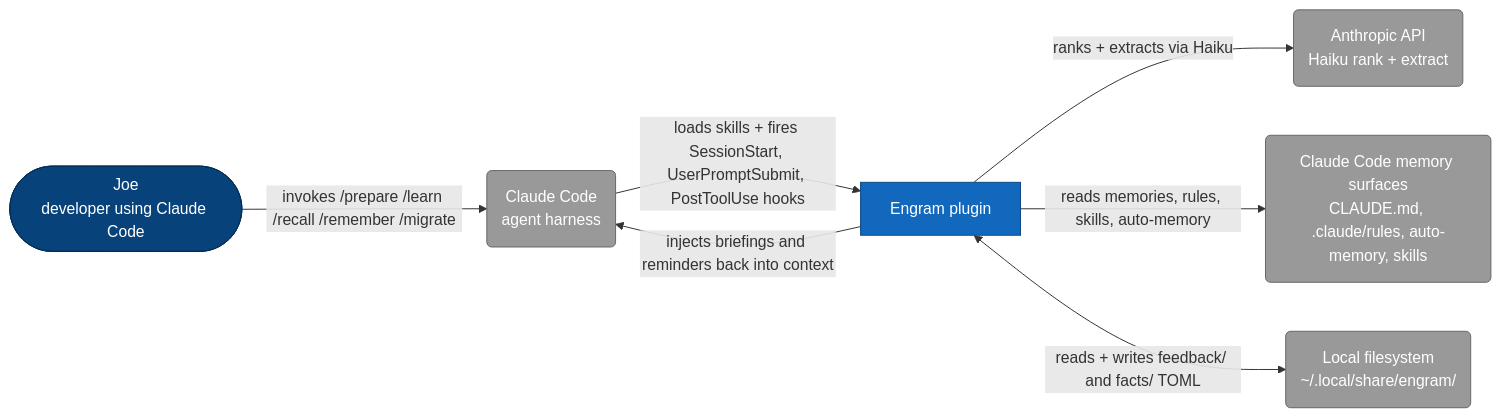
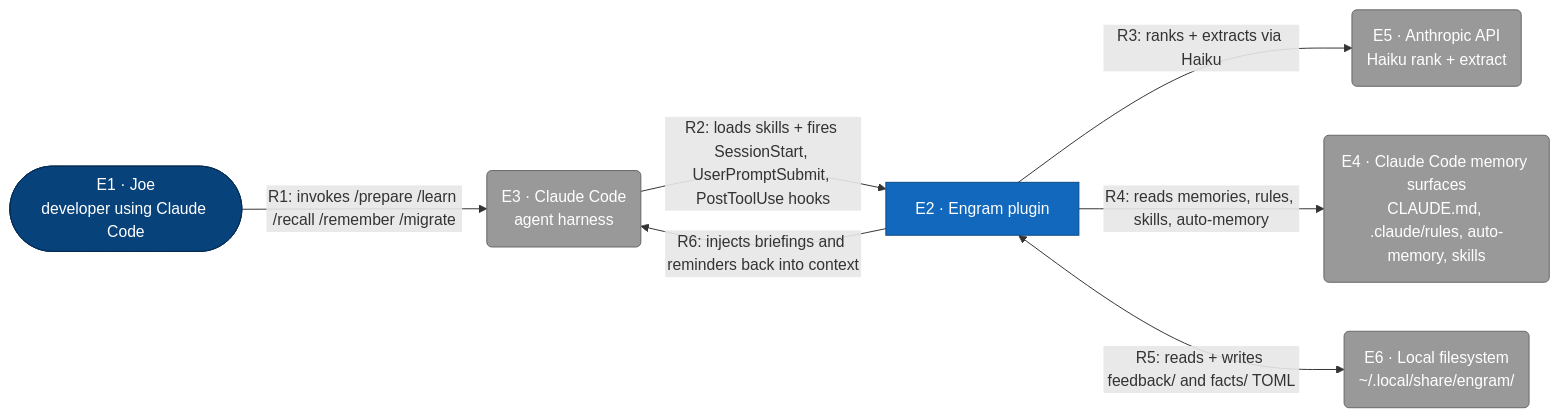
The diagram in architecture/c4/c1-engram-system.md (toejough/engram), drawn with Mermaid before and after one commit. The commit also changed other lines of this file, not shown here.

First line of the commit message:
docs(architecture): adopt E/R ID convention in c1-engram-system

````diff
--- a/architecture/c4/c1-engram-system.md
+++ b/architecture/c4/c1-engram-system.md
@@ -15,25 +15,31 @@
 ```mermaid
 flowchart LR
     classDef person      fill:#08427b,stroke:#052e56,color:#fff
     classDef external    fill:#999,   stroke:#666,   color:#fff
     classDef container   fill:#1168bd,stroke:#0b4884,color:#fff
 
-    user([Joe<br/>developer using Claude Code])
-    cc(Claude Code<br/>agent harness)
-    ccmem(Claude Code memory surfaces<br/>CLAUDE.md, .claude/rules, auto-memory, skills)
-    anth(Anthropic API<br/>Haiku rank + extract)
-    fs(Local filesystem<br/>~/.local/share/engram/)
+    user([E1 · Joe<br/>developer using Claude Code])
+    cc(E3 · Claude Code<br/>agent harness)
+    ccmem(E4 · Claude Code memory surfaces<br/>CLAUDE.md, .claude/rules, auto-memory, skills)
+    anth(E5 · Anthropic API<br/>Haiku rank + extract)
+    fs(E6 · Local filesystem<br/>~/.local/share/engram/)
+    engram[E2 · Engram plugin]
 
-    engram[Engram plugin]
-
-    user -->|invokes /prepare /learn /recall /remember /migrate| cc
-    cc -->|loads skills + fires SessionStart, UserPromptSubmit, PostToolUse hooks| engram
-    engram -->|ranks + extracts via Haiku| anth
-    engram -->|reads memories, rules, skills, auto-memory| ccmem
-    engram <-->|reads + writes feedback/ and facts/ TOML| fs
-    engram -->|injects briefings and reminders back into context| cc
+    user -->|R1: invokes /prepare /learn /recall /remember /migrate| cc
+    cc -->|R2: loads skills + fires SessionStart, UserPromptSubmit, PostToolUse hooks| engram
+    engram -->|R3: ranks + extracts via Haiku| anth
+    engram -->|R4: reads memories, rules, skills, auto-memory| ccmem
+    engram <-->|R5: reads + writes feedback/ and facts/ TOML| fs
+    engram -->|R6: injects briefings and reminders back into context| cc
 
     class user person
-    class cc,anth,ccmem,fs external
+    class cc,ccmem,anth,fs external
     class engram container
+
+    click user href "#e1-joe" "Joe"
+    click engram href "#e2-engram-plugin" "Engram plugin"
+    click cc href "#e3-claude-code" "Claude Code"
+    click ccmem href "#e4-claude-code-memory-surfaces" "Claude Code memory surfaces"
+    click anth href "#e5-anthropic-api" "Anthropic API"
+    click fs href "#e6-local-filesystem" "Local filesystem"
 ```
````
